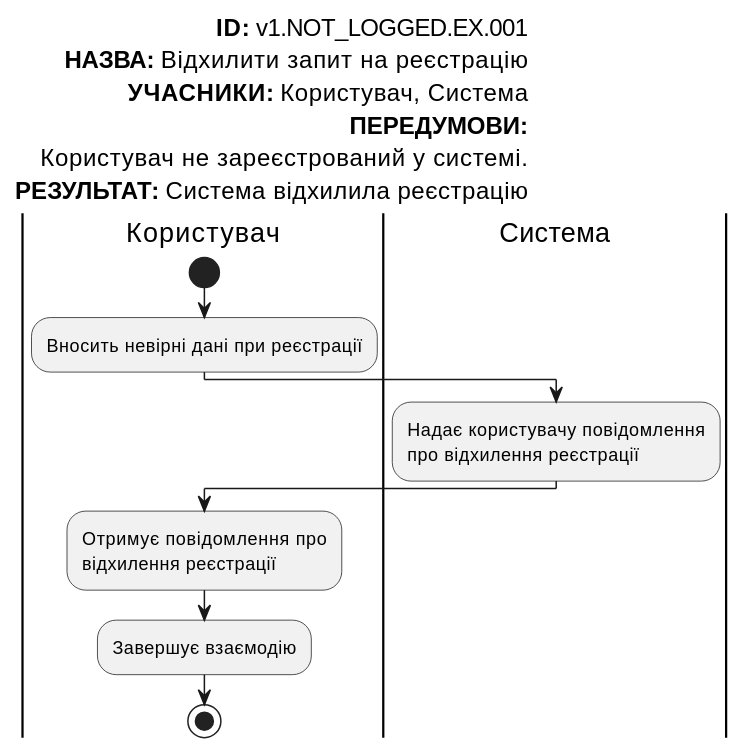
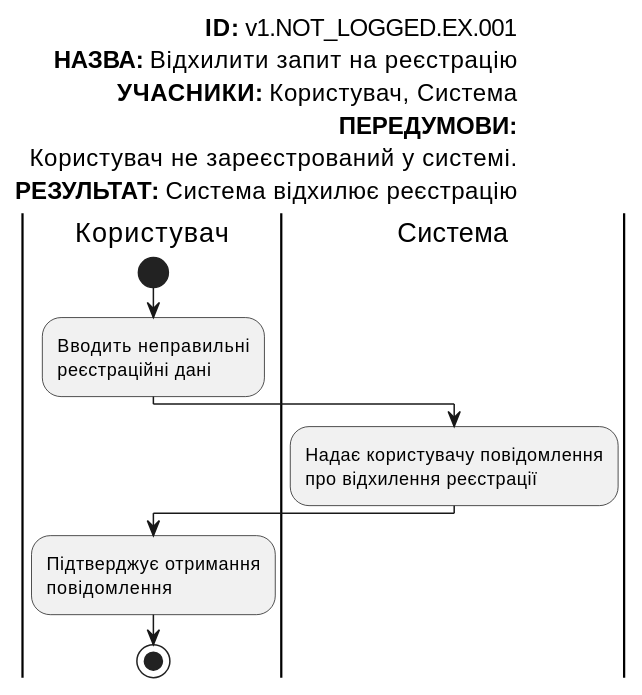
One commit to gurug-prog/survey-expert changed diagram 19 of 23 in docs/use-cases/README.md. Above: the diagram before and after it, drawn with PlantUML. The commit also changed other lines of this file, not shown here.

```diff
--- a/docs/use-cases/README.md
+++ b/docs/use-cases/README.md
@@ -989,24 +1001,26 @@
 @startuml
 
     left header
          <font color=000 size=16><b>ID:</b> v1.NOT_LOGGED.EX.001
          <font color=000 size=16><b>НАЗВА:</b> Відхилити запит на реєстрацію
          <font color=000 size=16><b>УЧАСНИКИ:</b> Користувач, Система
          <font color=000 size=16><b>ПЕРЕДУМОВИ:</b>
          <font color=000 size=16>Користувач не зареєстрований у системі.
-         <font color=000 size=16><b>РЕЗУЛЬТАТ:</b> Система відхилила реєстрацію
+         <font color=000 size=16><b>РЕЗУЛЬТАТ:</b> Система відхилює реєстрацію
      end header
       |Користувач|
           start
-          :Вносить невірні дані при реєстрації;
+          :Вводить неправильні
+          реєстраційні дані;
+
      |Система|
          :Надає користувачу повідомлення
          про відхилення реєстрації;
 
      |Користувач|
-         :Отримує повідомлення про
-         відхилення реєстрації;
-         :Завершує взаємодію;
+         :Підтверджує отримання
+         повідомлення;
+
          stop;
 
 @enduml
```
